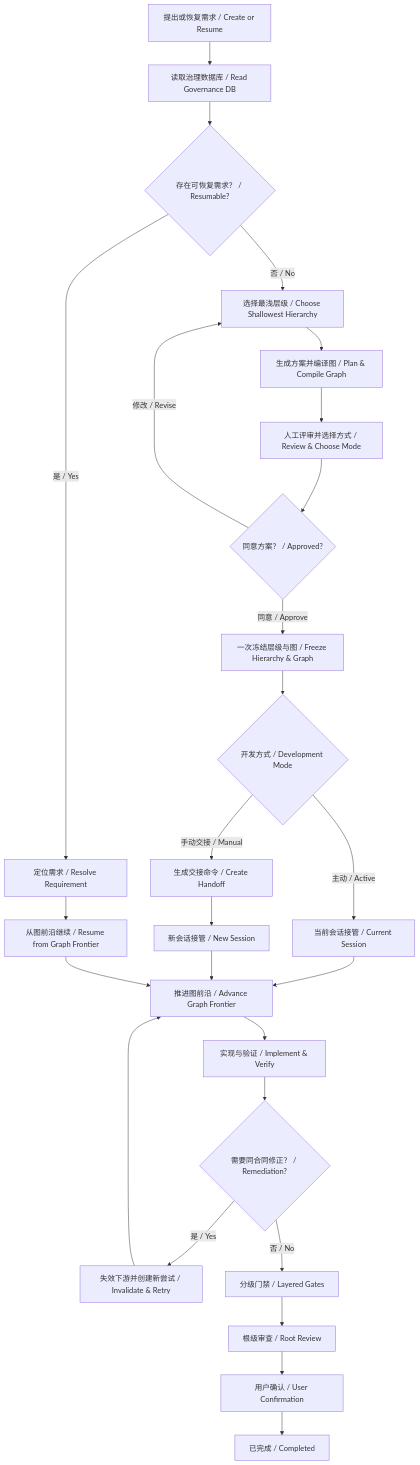
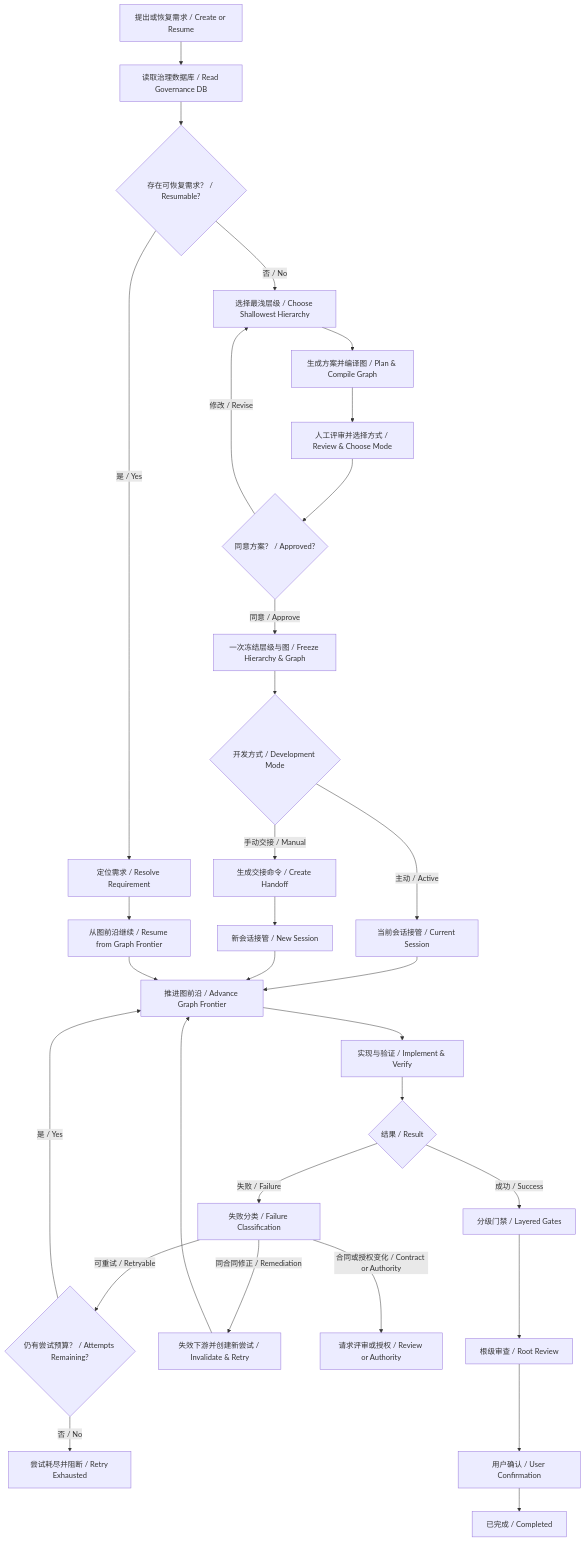
Before and after one commit to feng123321li/gated-ai-dev-loop: the diagram in README.md, drawn with Mermaid. The commit also changed other lines of this file and 37 other files, not shown here.

Commit message:
Complete Graph Engineering runtime control

````diff
--- a/README.md
+++ b/README.md
@@ -42,28 +43,33 @@
 ```mermaid
 flowchart TD
     A["提出或恢复需求 / Create or Resume"] --> B["读取治理数据库 / Read Governance DB"]
     B --> C{"存在可恢复需求？ / Resumable?"}
     C -->|"是 / Yes"| R["定位需求 / Resolve Requirement"]
     C -->|"否 / No"| D["选择最浅层级 / Choose Shallowest Hierarchy"]
     R --> X["从图前沿继续 / Resume from Graph Frontier"]
     D --> E["生成方案并编译图 / Plan & Compile Graph"]
     E --> F["人工评审并选择方式 / Review & Choose Mode"]
     F --> G{"同意方案？ / Approved?"}
     G -->|"修改 / Revise"| D
     G -->|"同意 / Approve"| H["一次冻结层级与图 / Freeze Hierarchy & Graph"]
     H --> I{"开发方式 / Development Mode"}
     I -->|"主动 / Active"| J["当前会话接管 / Current Session"]
     I -->|"手动交接 / Manual"| K["生成交接命令 / Create Handoff"]
     K --> L["新会话接管 / New Session"]
     J --> M["推进图前沿 / Advance Graph Frontier"]
     L --> M
     X --> M
     M --> N["实现与验证 / Implement & Verify"]
-    N --> O{"需要同合同修正？ / Remediation?"}
-    O -->|"是 / Yes"| P["失效下游并创建新尝试 / Invalidate & Retry"]
+    N --> O{"结果 / Result"}
+    O -->|"成功 / Success"| Q["分级门禁 / Layered Gates"]
+    O -->|"失败 / Failure"| FC["失败分类 / Failure Classification"]
+    FC -->|"可重试 / Retryable"| RB{"仍有尝试预算？ / Attempts Remaining?"}
+    RB -->|"是 / Yes"| M
+    RB -->|"否 / No"| BX["尝试耗尽并阻断 / Retry Exhausted"]
+    FC -->|"同合同修正 / Remediation"| P["失效下游并创建新尝试 / Invalidate & Retry"]
+    FC -->|"合同或授权变化 / Contract or Authority"| HR["请求评审或授权 / Review or Authority"]
     P --> M
-    O -->|"否 / No"| Q["分级门禁 / Layered Gates"]
     Q --> S["根级审查 / Root Review"]
     S --> T["用户确认 / User Confirmation"]
     T --> U["已完成 / Completed"]
 ```
````
